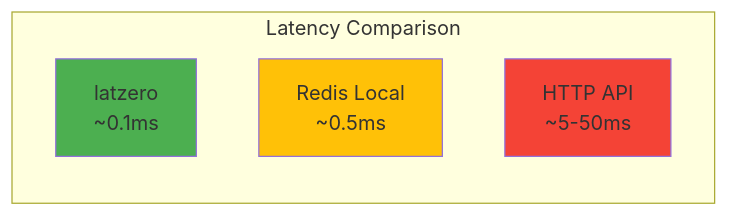
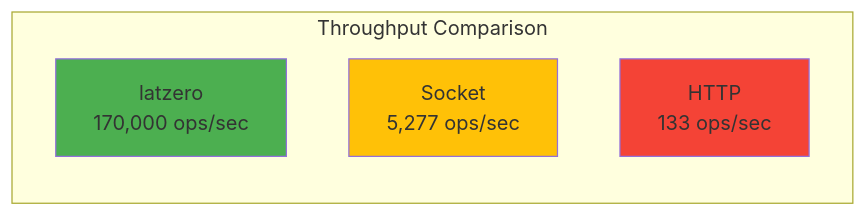
The fifth of 6 diagrams in DOCS.md (Latency-Zero/python-client), drawn with Mermaid before and after one commit. The commit also changed other lines of this file and 8 other files, not shown here.

````diff
--- a/DOCS.md
+++ b/DOCS.md
@@ -743,12 +759,12 @@
 ```mermaid
 graph LR
-    subgraph "Latency Comparison"
-        L1[latzero<br/>~0.1ms]
-        L2[Redis Local<br/>~0.5ms]
-        L3[HTTP API<br/>~5-50ms]
+    subgraph "Throughput Comparison"
+        L1[latzero<br/>170,000 ops/sec]
+        L2[Socket<br/>5,277 ops/sec]
+        L3[HTTP<br/>133 ops/sec]
     end
     
     style L1 fill:#4caf50
     style L2 fill:#ffc107
     style L3 fill:#f44336
 ```
````
